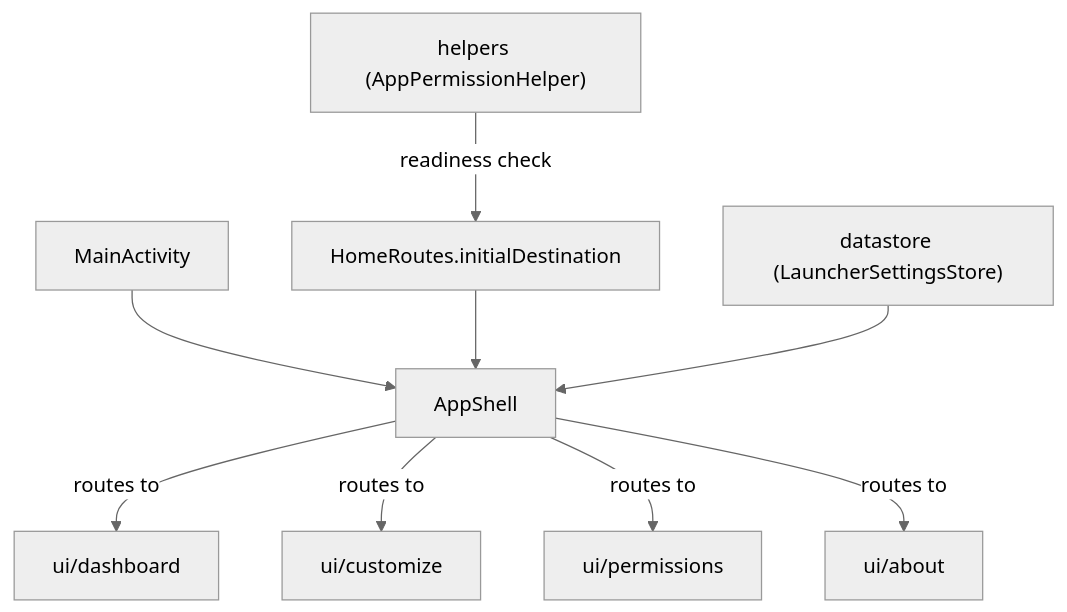
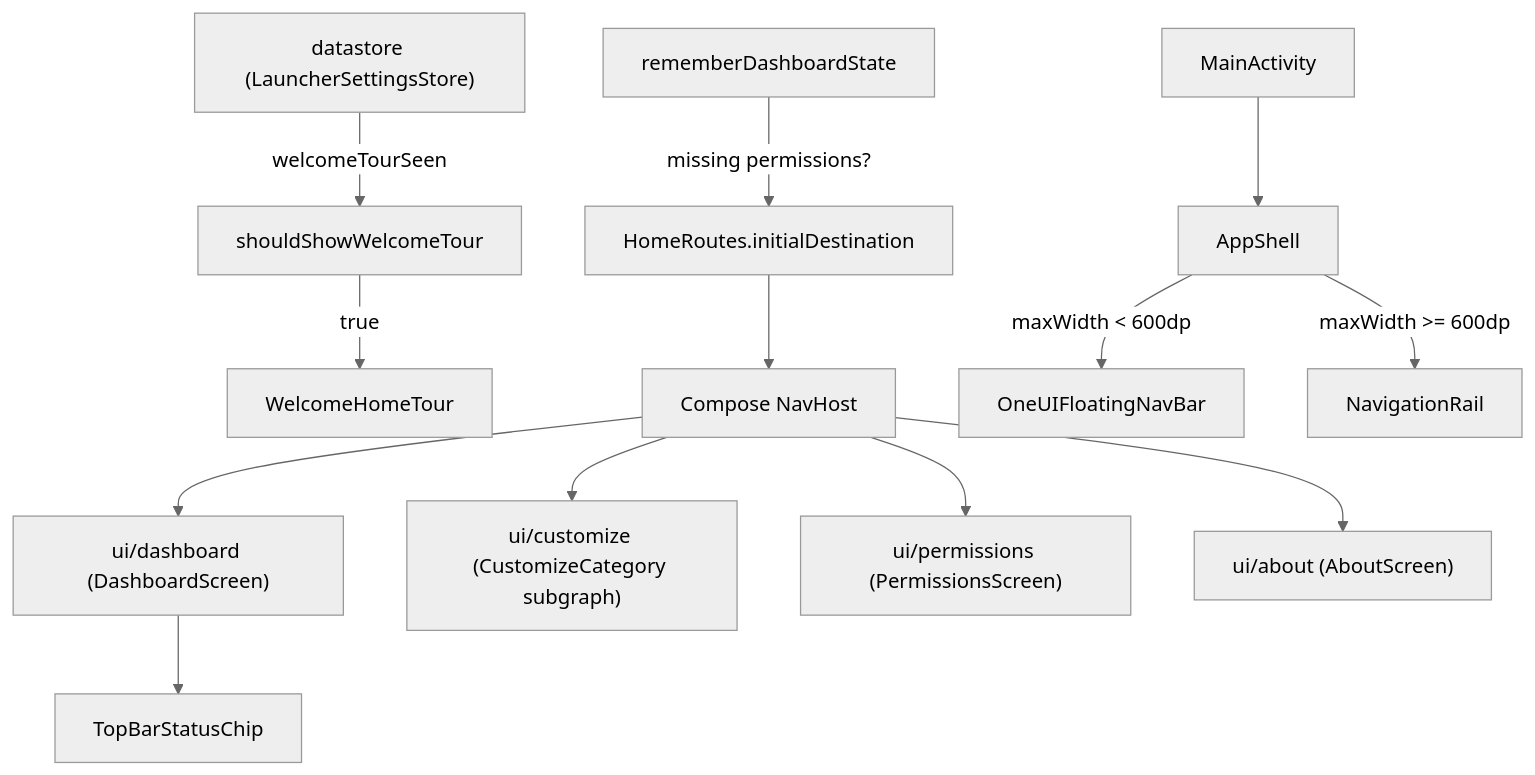
Before and after one commit to tyejaedon/Cover-Screen-OS: the diagram in app/src/main/java/com/tyejaedon/coverscreenos/ui/appshell/README.md, drawn with Mermaid (neutral theme). The commit also changed other lines of this file and 157 other files, not shown here.

````diff
--- a/app/src/main/java/com/tyejaedon/coverscreenos/ui/appshell/README.md
+++ b/app/src/main/java/com/tyejaedon/coverscreenos/ui/appshell/README.md
@@ -16,11 +75,15 @@
 ```mermaid
 flowchart TD
     Main["MainActivity"] --> Shell["AppShell"]
-    Helpers["helpers (AppPermissionHelper)"] -->|"readiness check"| Routes["HomeRoutes.initialDestination"]
-    Routes --> Shell
-    Store["datastore (LauncherSettingsStore)"] --> Shell
-    Shell -->|"routes to"| Dashboard["ui/dashboard"]
-    Shell -->|"routes to"| Customize["ui/customize"]
-    Shell -->|"routes to"| Permissions["ui/permissions"]
-    Shell -->|"routes to"| About["ui/about"]
+    Store["datastore (LauncherSettingsStore)"] -->|"welcomeTourSeen"| TourCheck["shouldShowWelcomeTour"]
+    TourCheck -->|"true"| Tour["WelcomeHomeTour"]
+    DashState["rememberDashboardState"] -->|"missing permissions?"| Routes["HomeRoutes.initialDestination"]
+    Routes --> NavHost["Compose NavHost"]
+    Shell -->|"maxWidth < 600dp"| BottomBar["OneUIFloatingNavBar"]
+    Shell -->|"maxWidth >= 600dp"| Rail["NavigationRail"]
+    NavHost --> Dashboard["ui/dashboard (DashboardScreen)"]
+    NavHost --> Customize["ui/customize (CustomizeCategory subgraph)"]
+    NavHost --> Permissions["ui/permissions (PermissionsScreen)"]
+    NavHost --> About["ui/about (AboutScreen)"]
+    Dashboard --> Chip["TopBarStatusChip"]
 ```
````
